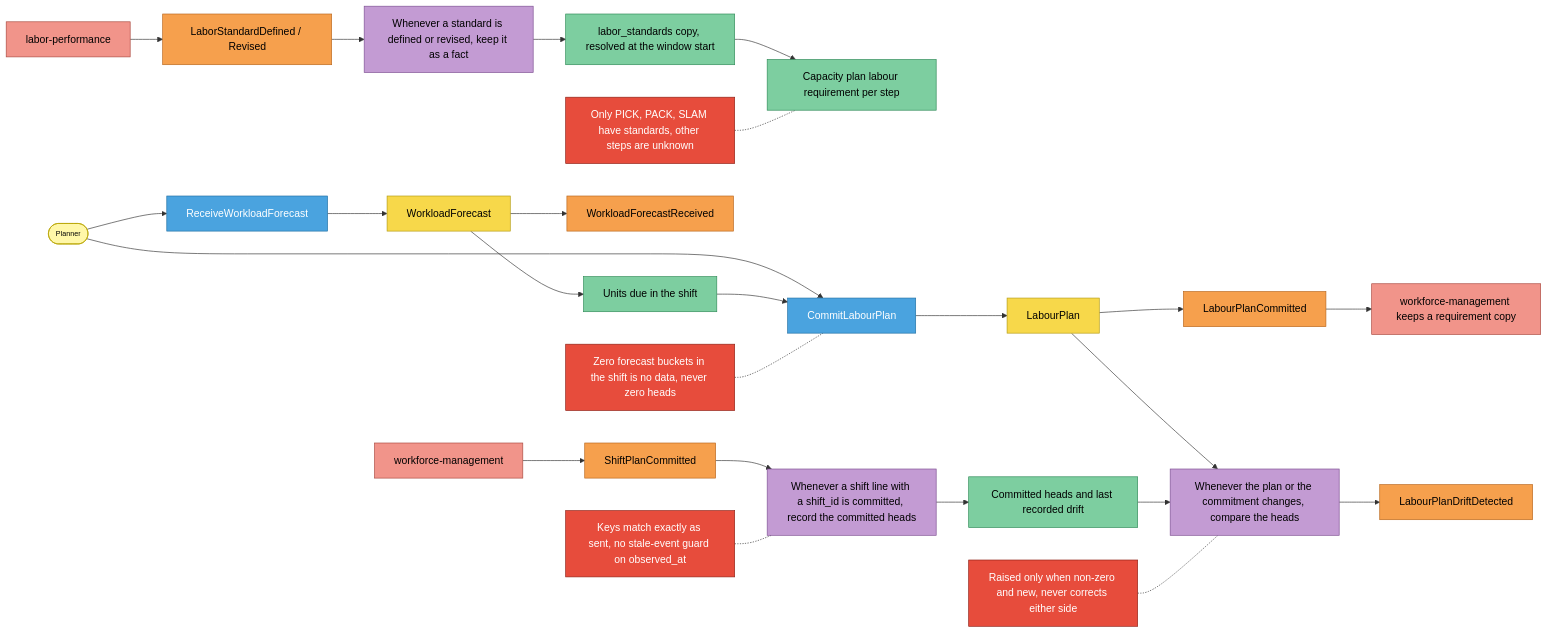
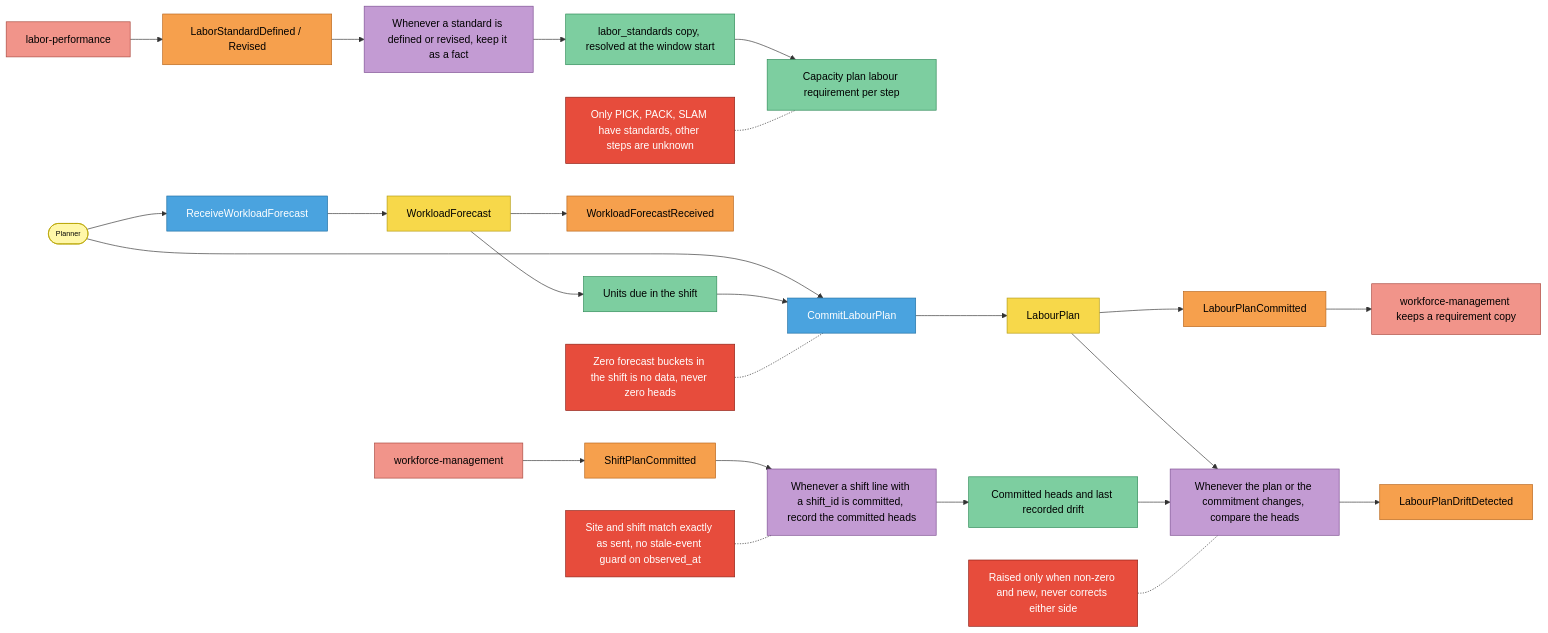
Before and after one commit to IQVO/warehouse-planning: the seventh of 7 diagrams in docs/docs/ddd/eventstorming.md, drawn with Mermaid. The commit also changed other lines of this file and 10 other files, not shown here.

````diff
--- a/docs/docs/ddd/eventstorming.md
+++ b/docs/docs/ddd/eventstorming.md
@@ -236,37 +236,37 @@
 ```mermaid
 flowchart LR
   LPF[labor-performance]:::external --> E1[LaborStandardDefined / Revised]:::event
   E1 --> P1[Whenever a standard is defined or revised, keep it as a fact]:::policy
   P1 --> R1[labor_standards copy, resolved at the window start]:::readmodel
   R1 --> R2[Capacity plan labour requirement per step]:::readmodel
   H1[Only PICK, PACK, SLAM have standards, other steps are unknown]:::hotspot -.- R2
 
   PL([Planner]):::actor --> C1[ReceiveWorkloadForecast]:::command
   C1 --> A1[WorkloadForecast]:::aggregate
   A1 --> E2[WorkloadForecastReceived]:::event
   A1 --> R3[Units due in the shift]:::readmodel
   PL --> C2[CommitLabourPlan]:::command
   R3 --> C2
   C2 --> A2[LabourPlan]:::aggregate
   A2 --> E3[LabourPlanCommitted]:::event
   E3 --> WFM2[workforce-management keeps a requirement copy]:::external
   H2[Zero forecast buckets in the shift is no data, never zero heads]:::hotspot -.- C2
 
   WFM[workforce-management]:::external --> E4[ShiftPlanCommitted]:::event
   E4 --> P2[Whenever a shift line with a shift_id is committed, record the committed heads]:::policy
   P2 --> R4[Committed heads and last recorded drift]:::readmodel
   A2 --> P3[Whenever the plan or the commitment changes, compare the heads]:::policy
   R4 --> P3
   P3 --> E5[LabourPlanDriftDetected]:::event
   H3[Raised only when non-zero and new, never corrects either side]:::hotspot -.- P3
-  H4[Keys match exactly as sent, no stale-event guard on observed_at]:::hotspot -.- P2
+  H4[Site and shift match exactly as sent, no stale-event guard on observed_at]:::hotspot -.- P2
 
   classDef actor fill:#fff7a8,stroke:#b8a400,color:#000,font-size:11px
   classDef command fill:#4aa3df,stroke:#1f6fa3,color:#fff
   classDef aggregate fill:#f7d84a,stroke:#b39b12,color:#000
   classDef event fill:#f6a04d,stroke:#b8661c,color:#000
   classDef policy fill:#c39bd3,stroke:#7d4f91,color:#000
   classDef readmodel fill:#7dcea0,stroke:#2f8a57,color:#000
   classDef external fill:#f1948a,stroke:#a9483e,color:#000
   classDef hotspot fill:#e74c3c,stroke:#8e1f14,color:#fff
 ```
````
